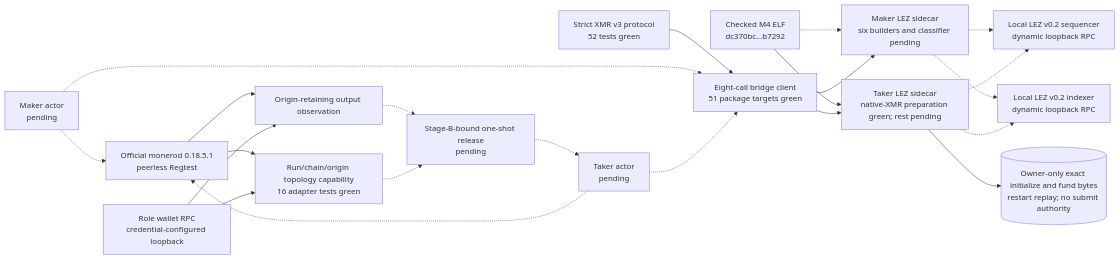
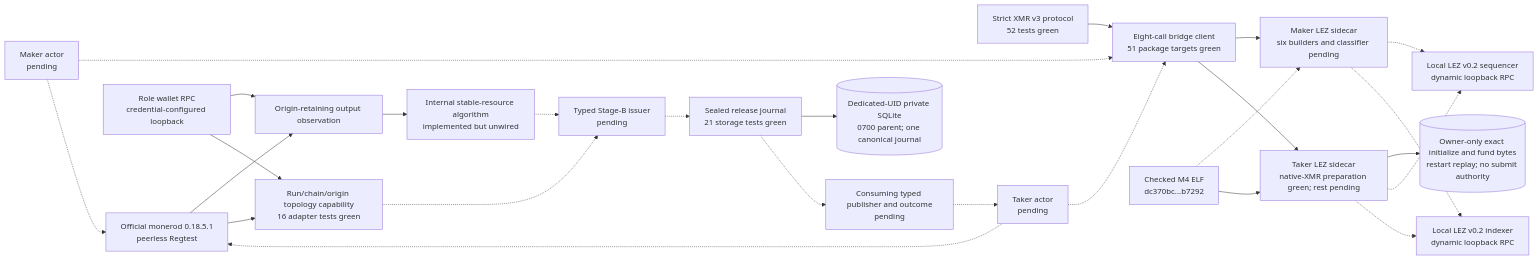
Before and after one commit to gateway-fm/lez-atomic-swaps: the third of 12 diagrams in docs/architecture/deployment-components-and-rpcs.md, drawn with Mermaid. The commit also changed other lines of this file and 13 other files, not shown here.

Commit message:
feat(m4): seal XMR release journal

````diff
--- a/docs/architecture/deployment-components-and-rpcs.md
+++ b/docs/architecture/deployment-components-and-rpcs.md
@@ -171,24 +171,28 @@
 ```mermaid
 flowchart LR
     Protocol["Strict XMR v3 protocol<br/>52 tests green"] --> Client["Eight-call bridge client<br/>51 package targets green"]
     CheckedElf["Checked M4 ELF<br/>dc370bc...b7292"] -.-> MakerSidecar["Maker LEZ sidecar<br/>six builders and classifier pending"]
     CheckedElf --> TakerSidecar["Taker LEZ sidecar<br/>native-XMR preparation green; rest pending"]
     TakerSidecar --> XmrReservation[("Owner-only exact initialize and fund bytes<br/>restart replay; no submit authority")]
     MakerActor["Maker actor<br/>pending"] -.-> Client
     TakerActor["Taker actor<br/>pending"] -.-> Client
     Client --> MakerSidecar
     Client --> TakerSidecar
     MakerSidecar -.-> Sequencer["Local LEZ v0.2 sequencer<br/>dynamic loopback RPC"]
     TakerSidecar -.-> Sequencer
     MakerSidecar -.-> Indexer["Local LEZ v0.2 indexer<br/>dynamic loopback RPC"]
     TakerSidecar -.-> Indexer
     Monerod["Official monerod 0.18.5.1<br/>peerless Regtest"] --> Observation["Origin-retaining output observation"]
     WalletRpc["Role wallet RPC<br/>credential-configured loopback"] --> Observation
     Monerod --> Topology["Run/chain/origin topology capability<br/>16 adapter tests green"]
     WalletRpc --> Topology
-    Observation -.-> Release["Stage-B-bound one-shot release<br/>pending"]
-    Topology -.-> Release
-    Release -.-> TakerActor
+    Observation --> Resource["Internal stable-resource algorithm<br/>implemented but unwired"]
+    Resource -.-> Issuer["Typed Stage-B issuer<br/>pending"]
+    Topology -.-> Issuer
+    Issuer -.-> ReleaseStore["Sealed release journal<br/>21 storage tests green"]
+    ReleaseStore --> Journal[("Dedicated-UID private SQLite<br/>0700 parent; one canonical journal")]
+    ReleaseStore -.-> Publisher["Consuming typed publisher and outcome<br/>pending"]
+    Publisher -.-> TakerActor
     MakerActor -.-> Monerod
     TakerActor -.-> Monerod
 ```
````
